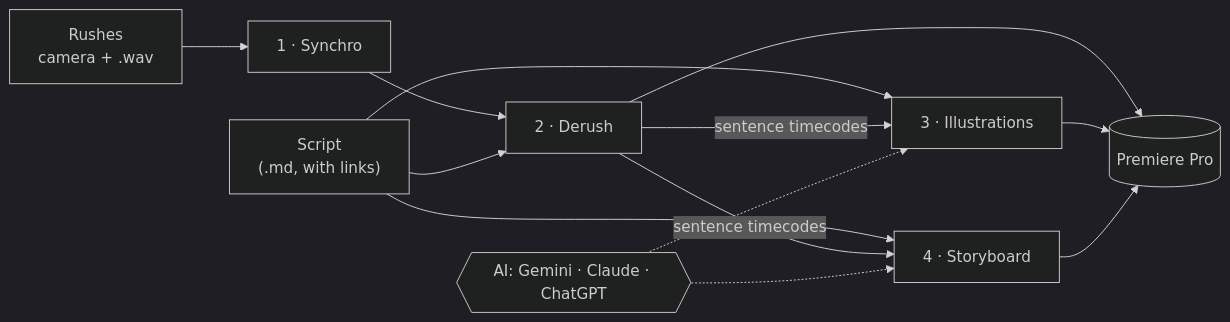
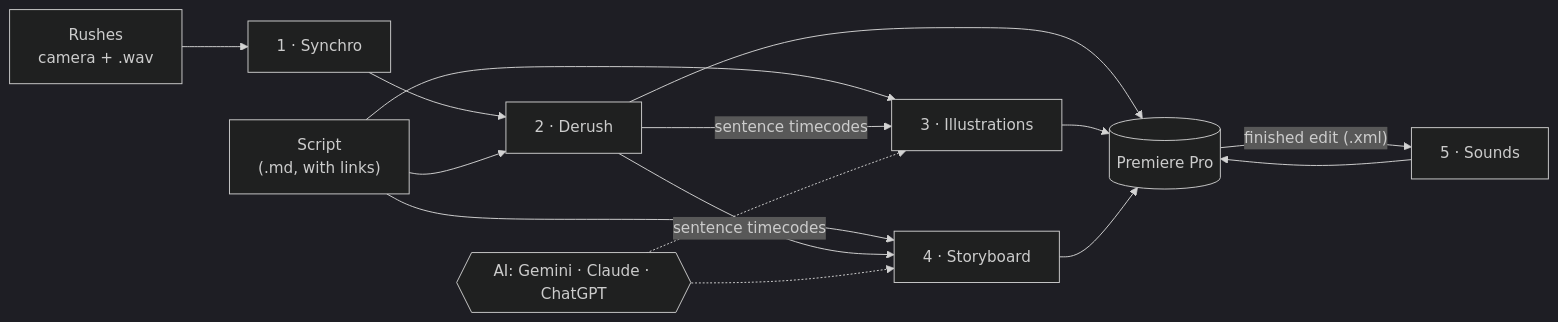
The diagram in README.md (lihogloglo/Autocut), drawn with Mermaid (dark theme) before and after one commit. The commit also changed other lines of this file and 21 other files, not shown here.

````diff
--- a/README.md
+++ b/README.md
@@ -19,15 +20,17 @@
 ```mermaid
 flowchart LR
     R["Rushes<br>camera + .wav"] --> S["1 · Synchro"]
     S --> D["2 · Derush"]
     T["Script<br>(.md, with links)"] --> D
     T --> I["3 · Illustrations"]
     T --> B["4 · Storyboard"]
     D -- "sentence timecodes" --> I
     D -- "sentence timecodes" --> B
     D --> P[("Premiere Pro")]
     I --> P
     B --> P
+    P -- "finished edit (.xml)" --> X["5 · Sounds"]
+    X --> P
     AI{{"AI: Gemini · Claude · ChatGPT"}} -.-> I
     AI -.-> B
 ```
````
